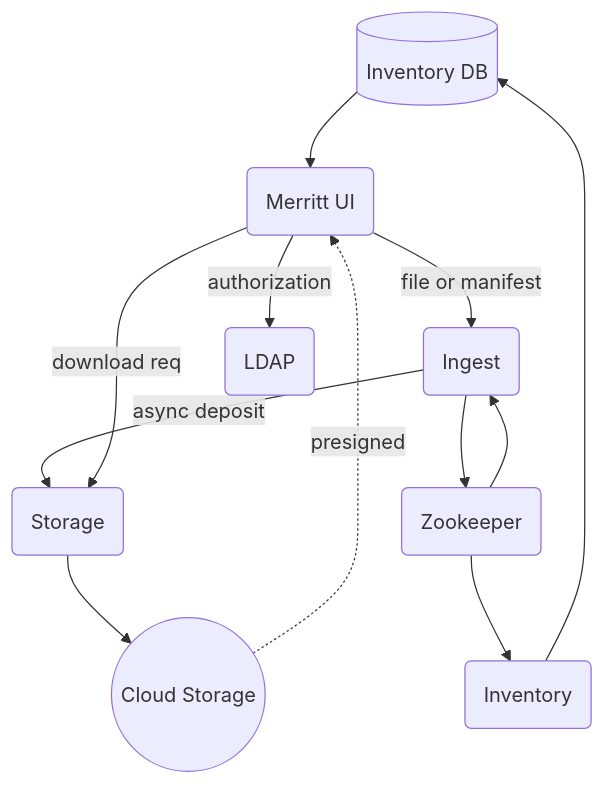
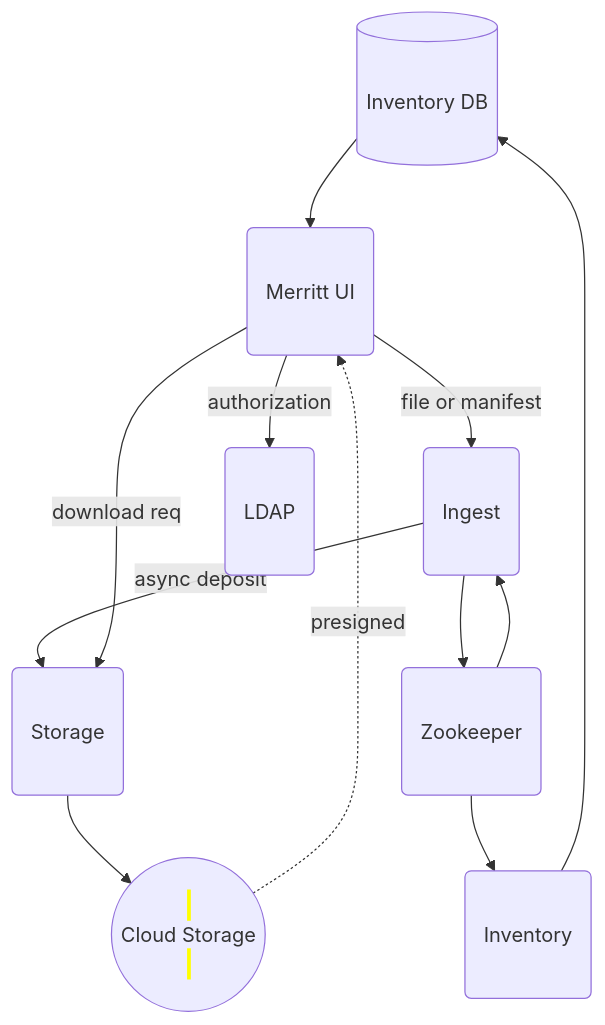
The diagram in diagrams/overview-core.mmd (CDLUC3/mrt-doc), drawn with Mermaid before and after one commit. The commit also changed 3 other files, not shown here.

```diff
--- a/diagrams/overview-core.mmd
+++ b/diagrams/overview-core.mmd
@@ -1,21 +1,28 @@
 graph TD
   RDS[(Inventory DB)]
   UI(Merritt UI)
   ING(Ingest)
   ST(Storage)
   INV(Inventory)
   CLOUD((Cloud Storage))
   LDAP(LDAP)
   ZOO(Zookeeper)
 
   RDS --> UI
   UI --> |file or manifest| ING
   UI --> |authorization| LDAP
   ING --> |async deposit| ST
   ING --> ZOO
   ZOO --> ING
   ZOO --> INV
   UI ---> |download req| ST
   INV --> RDS
   ST --> CLOUD
   CLOUD -.-> |presigned| UI
+
+  %% Class Definitions
+  %% =================
+  class CLOUD cloud;
+  classDef cloud background-color:yellow;
+  class UI node;
+  classDef node padding:3px;
```
